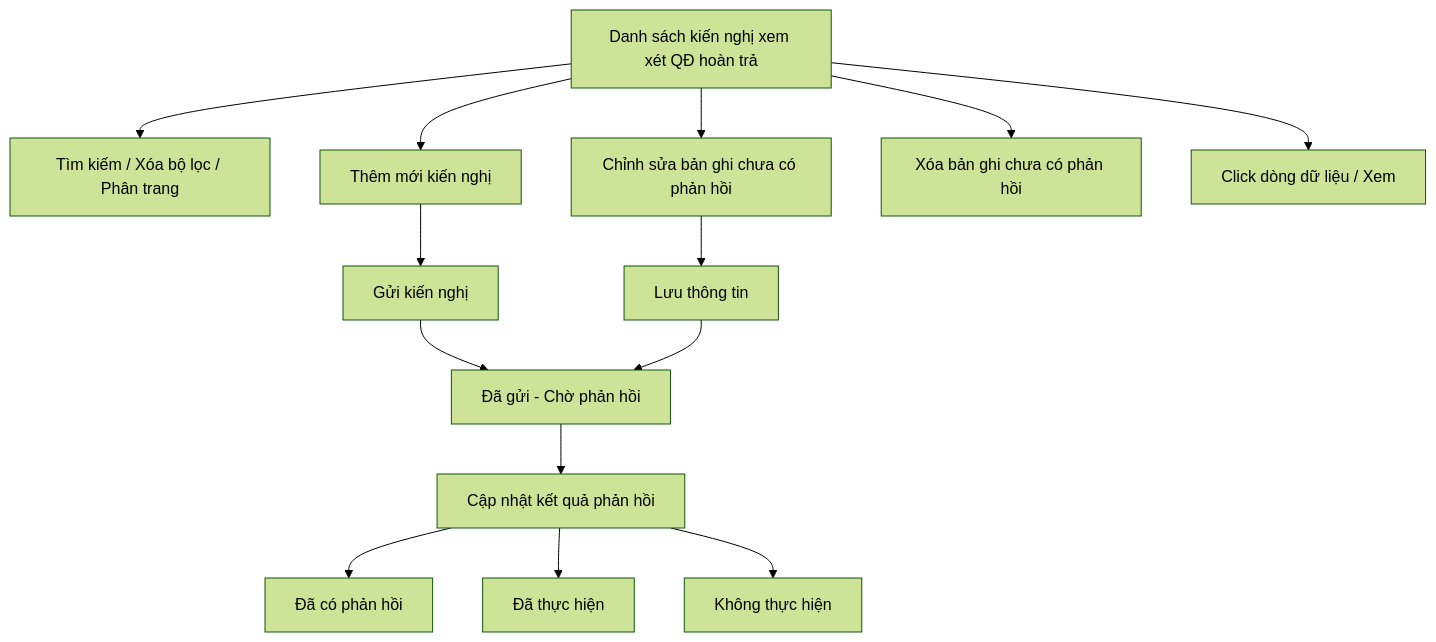
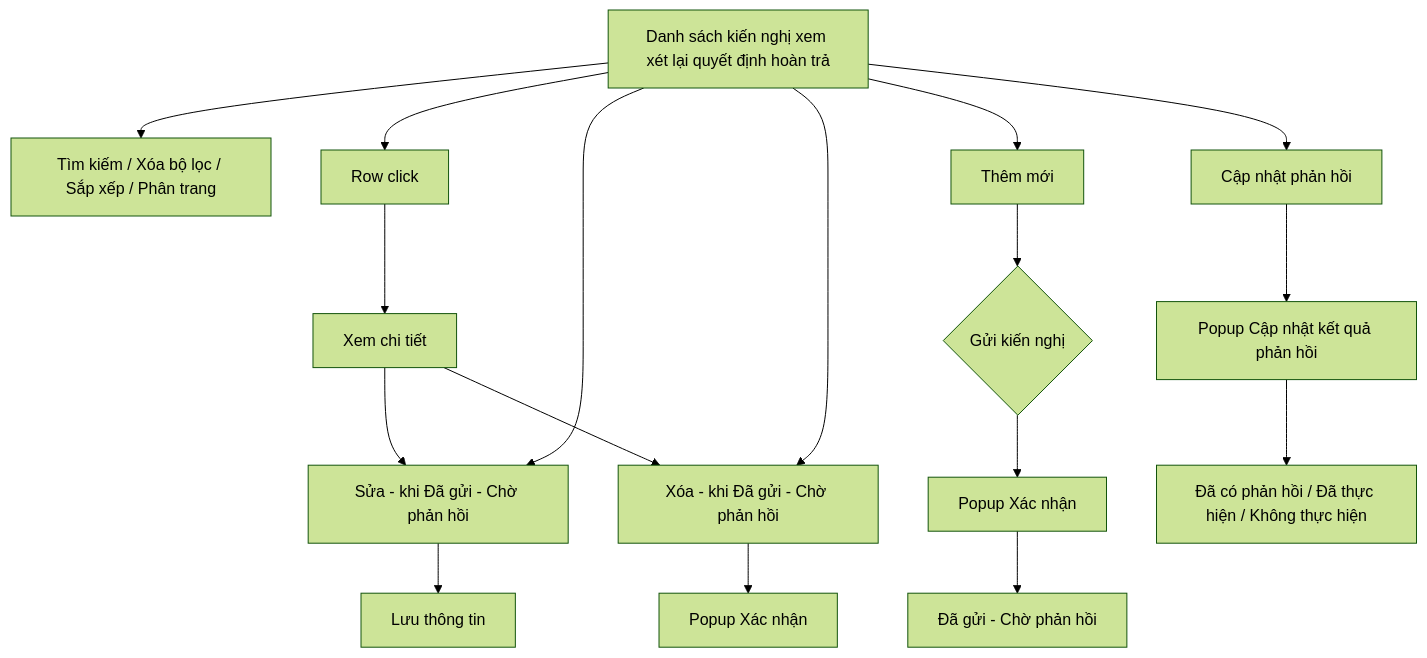
The diagram in Tai lieu phan tich/03_Website_Quan_tri/03_Cong_tac_boi_thuong/SRS_BTNN_STP_KienNghi_XemXet_QDHoanTra.md (huyendt2007/BPBD_UI), drawn with Mermaid (forest theme) before and after one commit. The commit also changed other lines of this file and 135 other files, not shown here.

````diff
--- a/Tai lieu phan tich/03_Website_Quan_tri/03_Cong_tac_boi_thuong/SRS_BTNN_STP_KienNghi_XemXet_QDHoanTra.md
+++ b/Tai lieu phan tich/03_Website_Quan_tri/03_Cong_tac_boi_thuong/SRS_BTNN_STP_KienNghi_XemXet_QDHoanTra.md
@@ -27,16 +29,13 @@
 ```mermaid
 flowchart TD
-    A[Danh sách kiến nghị xem xét QĐ hoàn trả] --> B[Tìm kiếm / Xóa bộ lọc / Phân trang]
-    A --> C[Thêm mới kiến nghị]
-    C --> E[Gửi kiến nghị]
-    E --> F["Đã gửi - Chờ phản hồi"]
-    A --> G[Chỉnh sửa bản ghi chưa có phản hồi]
-    G --> N[Lưu thông tin]
-    N --> F
-    F --> H[Cập nhật kết quả phản hồi]
-    H --> I["Đã có phản hồi"]
-    H --> J["Đã thực hiện"]
-    H --> K["Không thực hiện"]
-    A --> L[Xóa bản ghi chưa có phản hồi]
-    A --> M[Click dòng dữ liệu / Xem]
+    A[Danh sách kiến nghị xem xét lại quyết định hoàn trả] --> B[Tìm kiếm / Xóa bộ lọc / Sắp xếp / Phân trang]
+    A --> G[Row click] --> K[Xem chi tiết]
+    K --> E
+    K --> F
+    A --> C[Thêm mới] --> S{Gửi kiến nghị}
+    S --> X1[Popup Xác nhận] --> W["Đã gửi - Chờ phản hồi"]
+    A --> E[Sửa - khi Đã gửi - Chờ phản hồi] --> D[Lưu thông tin]
+    A --> F[Xóa - khi Đã gửi - Chờ phản hồi] --> X2[Popup Xác nhận]
+    A --> R[Cập nhật phản hồi] --> P[Popup Cập nhật kết quả phản hồi]
+    P --> R1["Đã có phản hồi / Đã thực hiện / Không thực hiện"]
 ```
````
